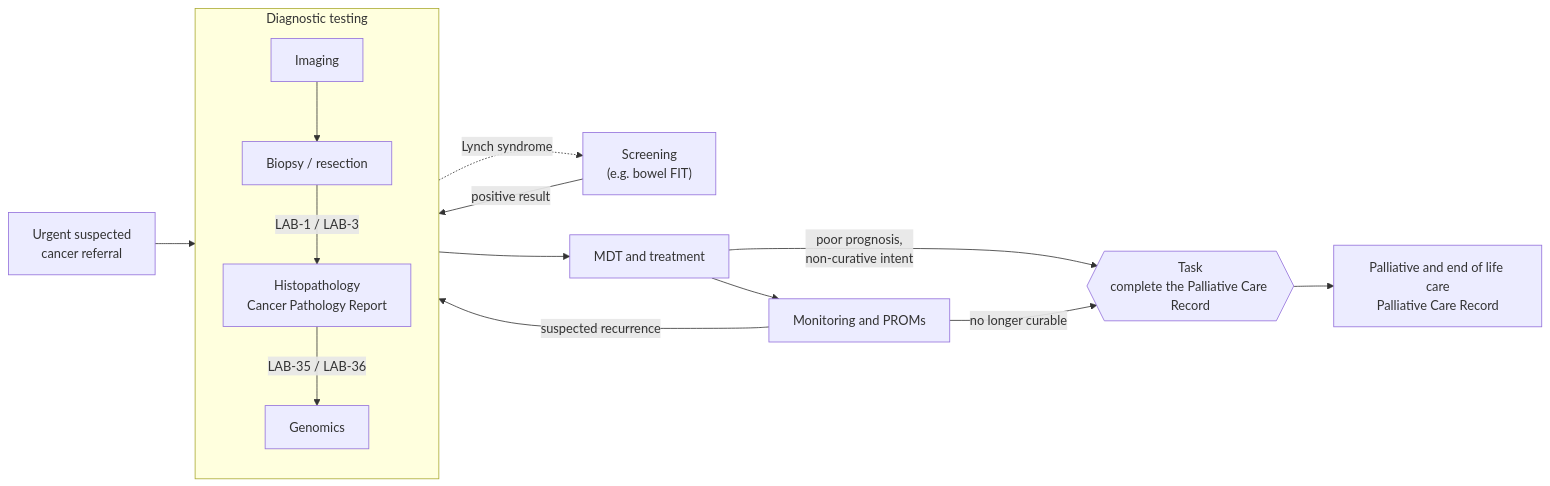
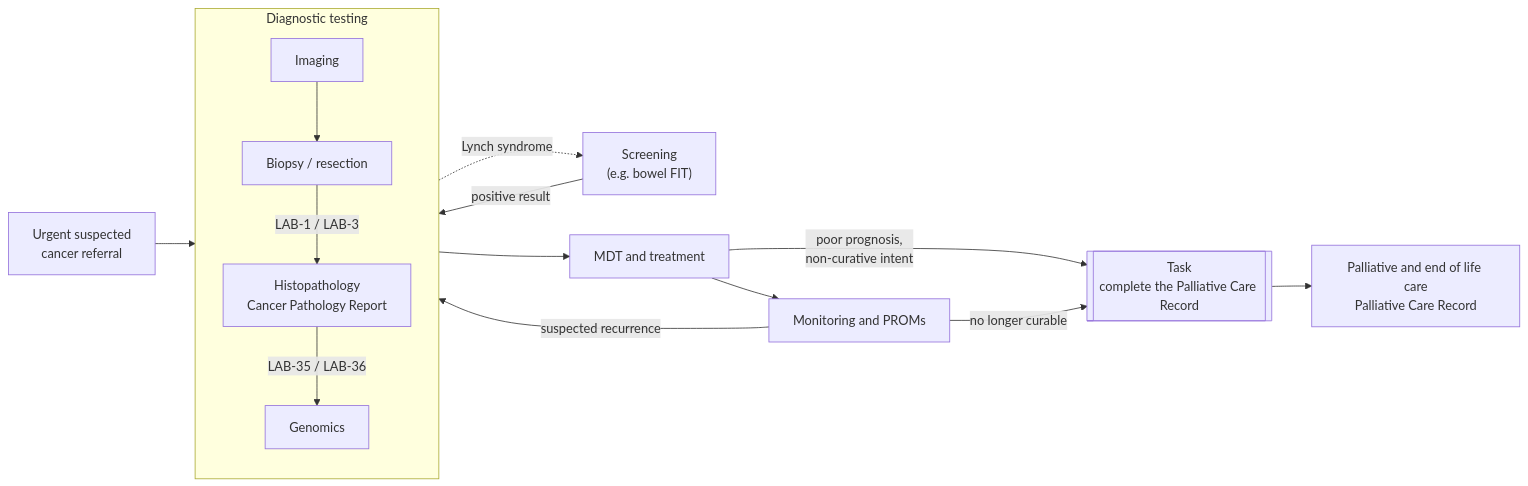
The diagram in input/pagecontent/CareProcesses.md (KevinMayfield/CancerPathologyReport), drawn with Mermaid before and after one commit. The commit also changed 1 other file, not shown here.

Commit message:
Mermaid: palliative care Task as a subroutine box, not a hexagon
Liquid in the IG Publisher stripped the {{ }} of the hexagon node, so the
Care Processes and Cancer Pathway diagrams failed to parse.

````diff
--- a/input/pagecontent/CareProcesses.md
+++ b/input/pagecontent/CareProcesses.md
@@ -17,18 +17,18 @@
 ```mermaid
 flowchart LR
     SCR["Screening<br/>(e.g. bowel FIT)"] -- "positive result" --> DX
     REF["Urgent suspected<br/>cancer referral"] --> DX
     subgraph DX["Diagnostic testing"]
         direction TB
         IMG["Imaging"] --> BX["Biopsy / resection"]
         BX -- "LAB-1 / LAB-3" --> PATH["Histopathology<br/>Cancer Pathology Report"]
         PATH -- "LAB-35 / LAB-36" --> GEN["Genomics"]
     end
     DX --> MDT["MDT and treatment"]
     MDT --> MON["Monitoring and PROMs"]
     MON -- "suspected recurrence" --> DX
-    MDT -- "poor prognosis,<br/>non-curative intent" --> TASK{{"Task<br/>complete the Palliative Care Record"}}
+    MDT -- "poor prognosis,<br/>non-curative intent" --> TASK[["Task<br/>complete the Palliative Care Record"]]
     MON -- "no longer curable" --> TASK
     TASK --> EOL["Palliative and end of life care<br/>Palliative Care Record"]
     GEN -. "Lynch syndrome" .-> SCR
 ```
````
